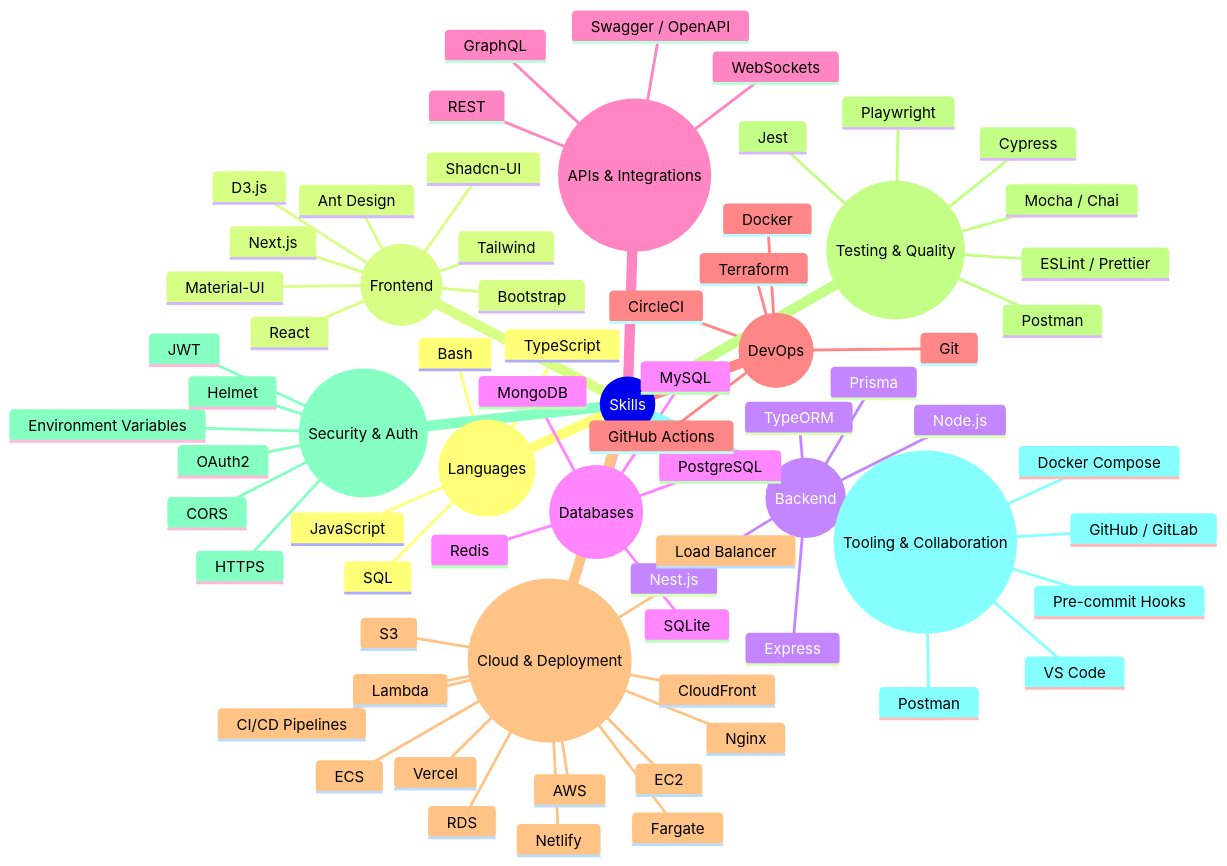
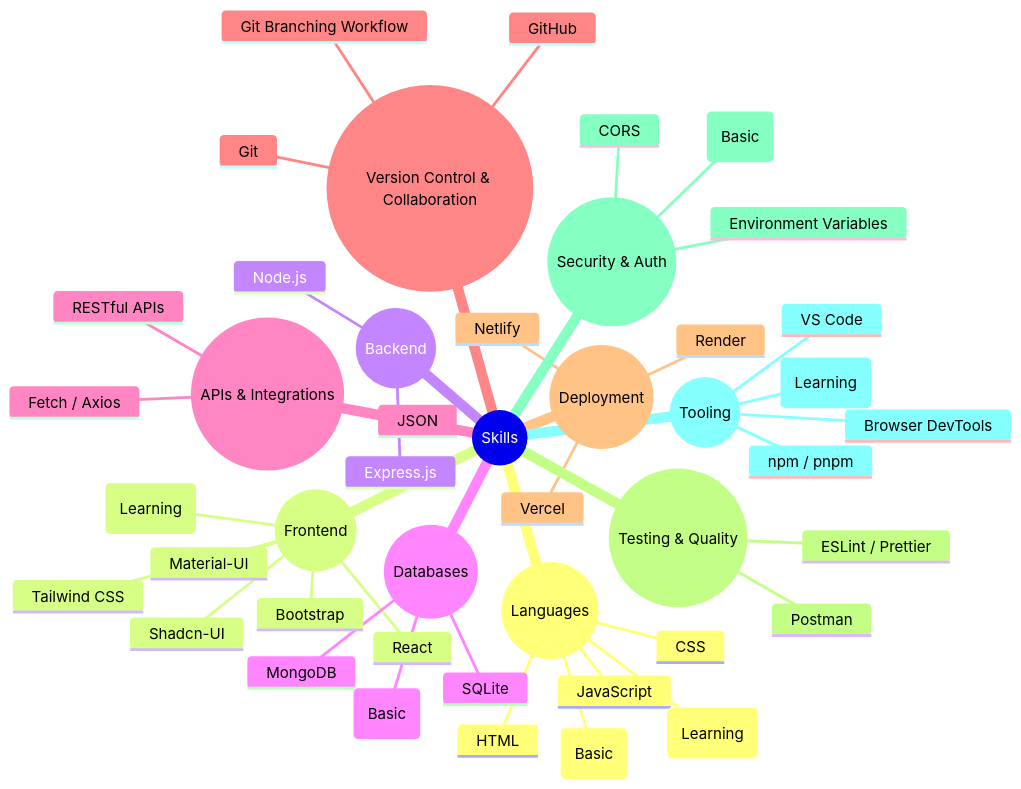
Before and after one commit to shantoopaul/shantoopaul: the diagram in README.md, drawn with Mermaid.

Commit message:
rearranging style

````diff
--- a/README.md
+++ b/README.md
@@ -30,75 +30,48 @@
 ```mermaid
 mindmap
     root((Skills))
         ((Languages))
             JavaScript
-            TypeScript
-            SQL
-            Bash
+            TypeScript (Learning)
+            HTML
+            CSS
+            Bash (Basic)
         ((Frontend))
             React
-            Next.js
+            Next.js (Learning)
+            Tailwind CSS
             Material-UI
-            Tailwind
             Shadcn-UI
-            Ant Design
             Bootstrap
-            D3.js
         ((Backend))
             Node.js
-            Express
-            Nest.js
-            Prisma
-            TypeORM
+            Express.js
         ((Databases))
-            PostgreSQL
-            MySQL
+            MongoDB
             SQLite
-            MongoDB
-            Redis
+            PostgreSQL (Basic)
         ((APIs & Integrations))
-            REST
-            GraphQL
-            WebSockets
-            Swagger / OpenAPI
-        ((DevOps))
+            RESTful APIs
+            JSON
+            Fetch / Axios
+        ((Version Control & Collaboration))
             Git
-            Docker
-            GitHub Actions
-            CircleCI
-            Terraform
-        ((Cloud & Deployment))
-            AWS
-            S3
-            Lambda
-            EC2
-            ECS
-            Fargate
-            RDS
-            CloudFront
-            Load Balancer
-            CI/CD Pipelines
-            Nginx
+            GitHub
+            Git Branching Workflow
+        ((Deployment))
             Vercel
             Netlify
+            Render
         ((Testing & Quality))
-            Jest
-            Mocha / Chai
-            Cypress
-            Playwright
             Postman
             ESLint / Prettier
         ((Security & Auth))
-            JWT
-            OAuth2
-            HTTPS
+            JWT (Basic)
+            Environment Variables
             CORS
-            Environment Variables
-            Helmet
-        ((Tooling & Collaboration))
+        ((Tooling))
             VS Code
-            GitHub / GitLab
-            Docker Compose
-            Postman
-            Pre-commit Hooks
+            npm / pnpm
+            Browser DevTools
+            Linux (Learning)
 ```
````
